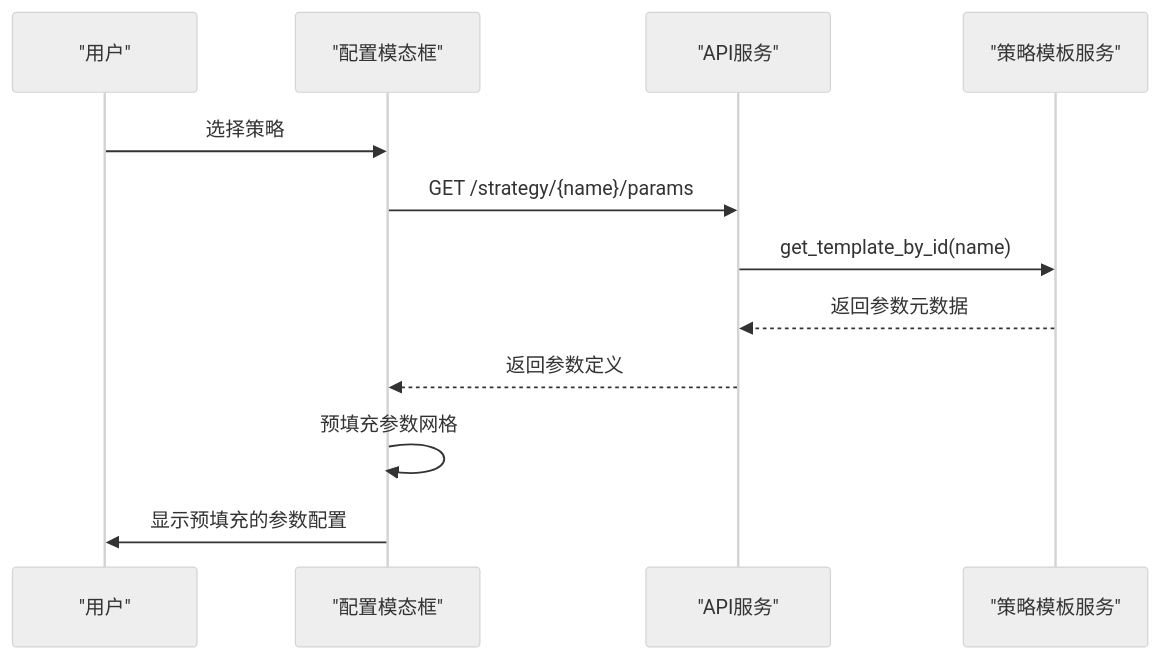
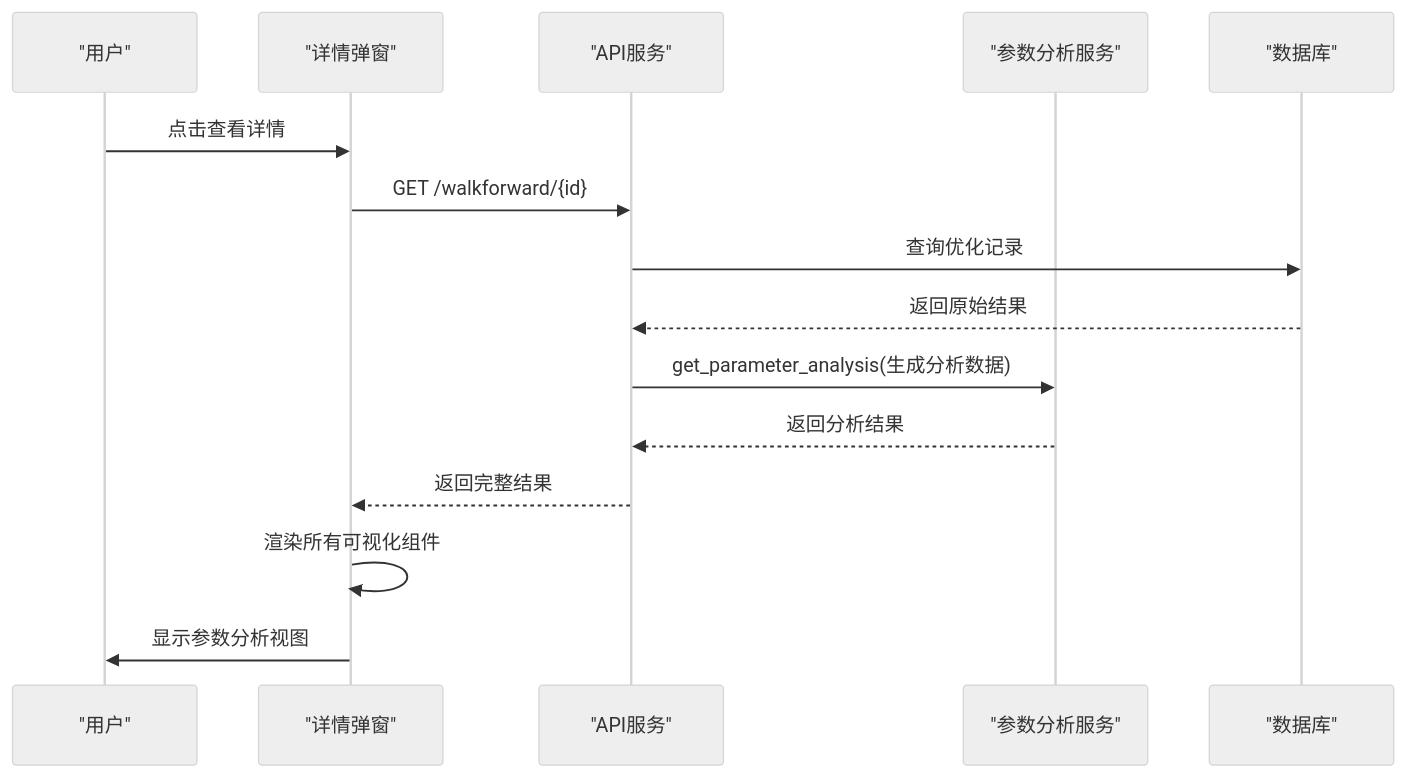
One commit to faryhuo/backtrader changed the fourth of 5 diagrams in .qoder/repowiki/zh/content/核心功能详解/Walk-Forward参数优化.md. Above: the diagram before and after it, drawn with Mermaid (neutral theme). The commit also changed other lines of this file and 15 other files, not shown here.

Commit message:
feat: Implement strategy version management with timeline, diff viewer, and rollback capabilities.

````diff
--- a/.qoder/repowiki/zh/content/核心功能详解/Walk-Forward参数优化.md
+++ b/.qoder/repowiki/zh/content/核心功能详解/Walk-Forward参数优化.md
@@ -320,14 +381,17 @@
 ```mermaid
 sequenceDiagram
 participant U as "用户"
-participant CM as "配置模态框"
+participant DM as "详情弹窗"
 participant API as "API服务"
-participant STRAT as "策略模板服务"
-U->>CM : 选择策略
-CM->>API : GET /strategy/{name}/params
-API->>STRAT : get_template_by_id(name)
-STRAT-->>API : 返回参数元数据
-API-->>CM : 返回参数定义
-CM->>CM : 预填充参数网格
-CM->>U : 显示预填充的参数配置
+participant PAS as "参数分析服务"
+participant DB as "数据库"
+U->>DM : 点击查看详情
+DM->>API : GET /walkforward/{id}
+API->>DB : 查询优化记录
+DB-->>API : 返回原始结果
+API->>PAS : get_parameter_analysis(生成分析数据)
+PAS-->>API : 返回分析结果
+API-->>DM : 返回完整结果
+DM->>DM : 渲染所有可视化组件
+DM->>U : 显示参数分析视图
 ```
````
